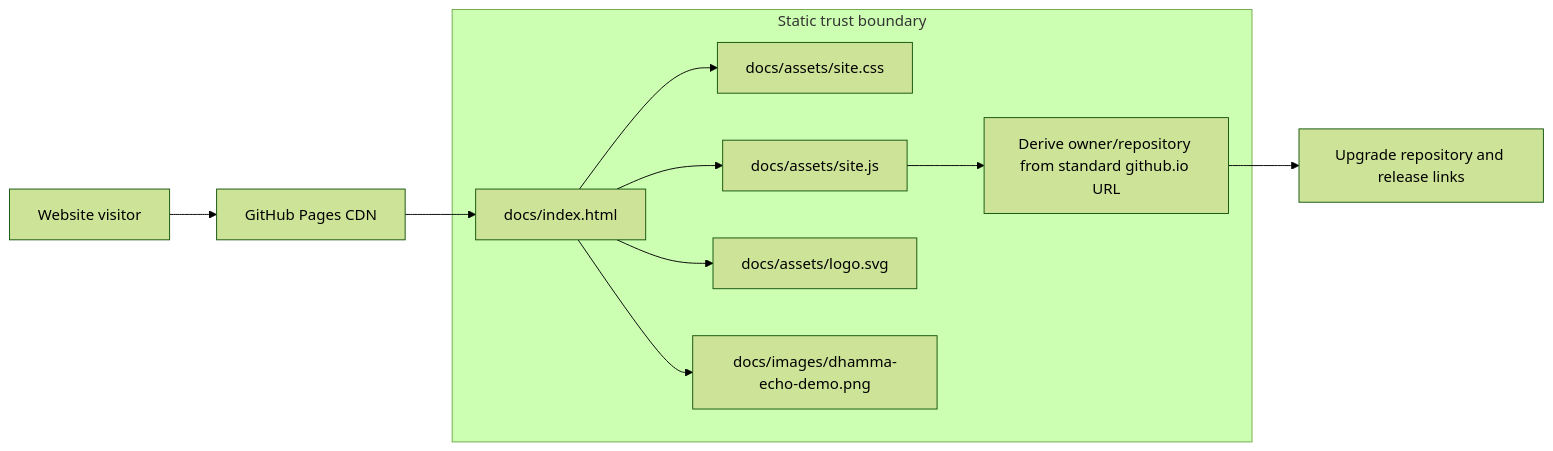
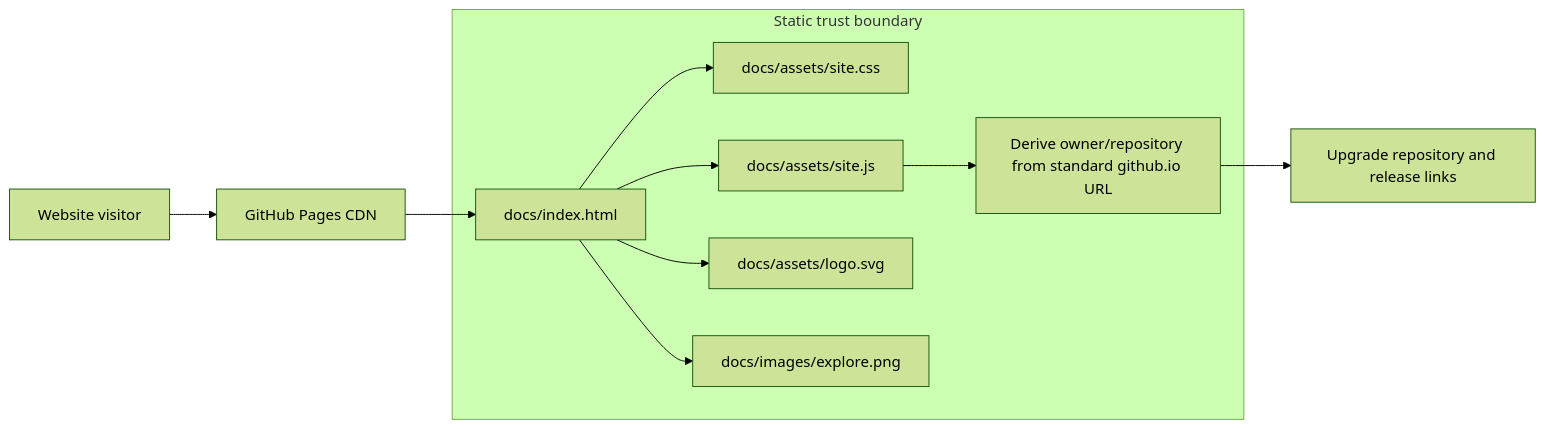
One commit to AungMyoKyaw/dhamma-echo changed the first of 2 diagrams in docs/architecture/product-site.md. Above: the diagram before and after it, drawn with Mermaid (forest theme). The commit also changed other lines of this file and 11 other files, not shown here.

First line of the commit message:
docs(assets): replace demo screenshot with per-screen captures

````diff
--- a/docs/architecture/product-site.md
+++ b/docs/architecture/product-site.md
@@ -7,20 +7,20 @@
 ```mermaid
 flowchart LR
     visitor[Website visitor] --> pages[GitHub Pages CDN]
     pages --> html[docs/index.html]
     html --> css[docs/assets/site.css]
     html --> js[docs/assets/site.js]
     html --> logo[docs/assets/logo.svg]
-    html --> screenshot[docs/images/dhamma-echo-demo.png]
+    html --> screenshot[docs/images/explore.png]
     js --> derive[Derive owner/repository from standard github.io URL]
     derive --> links[Upgrade repository and release links]
 
     subgraph Static trust boundary
       html
       css
       js
       logo
       screenshot
       derive
     end
 ```
````
